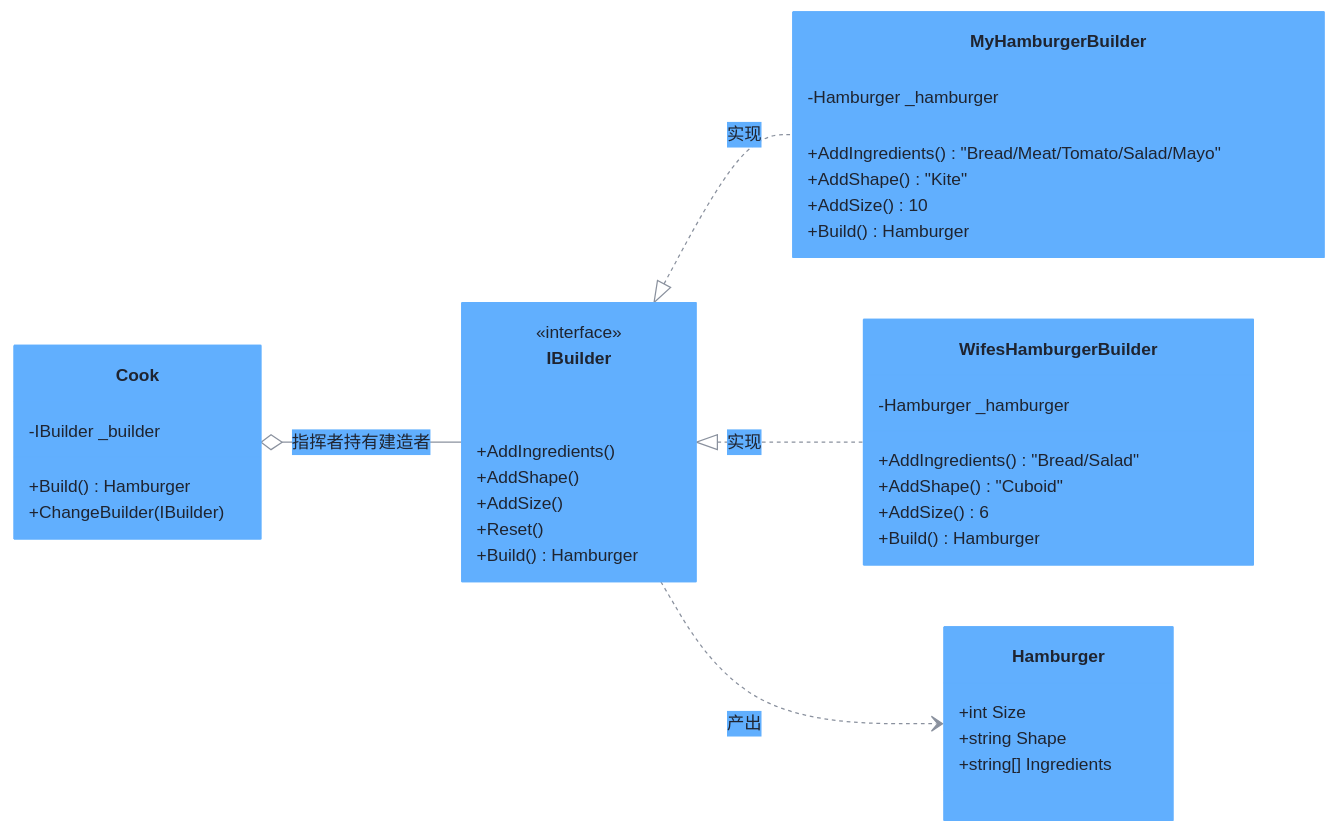
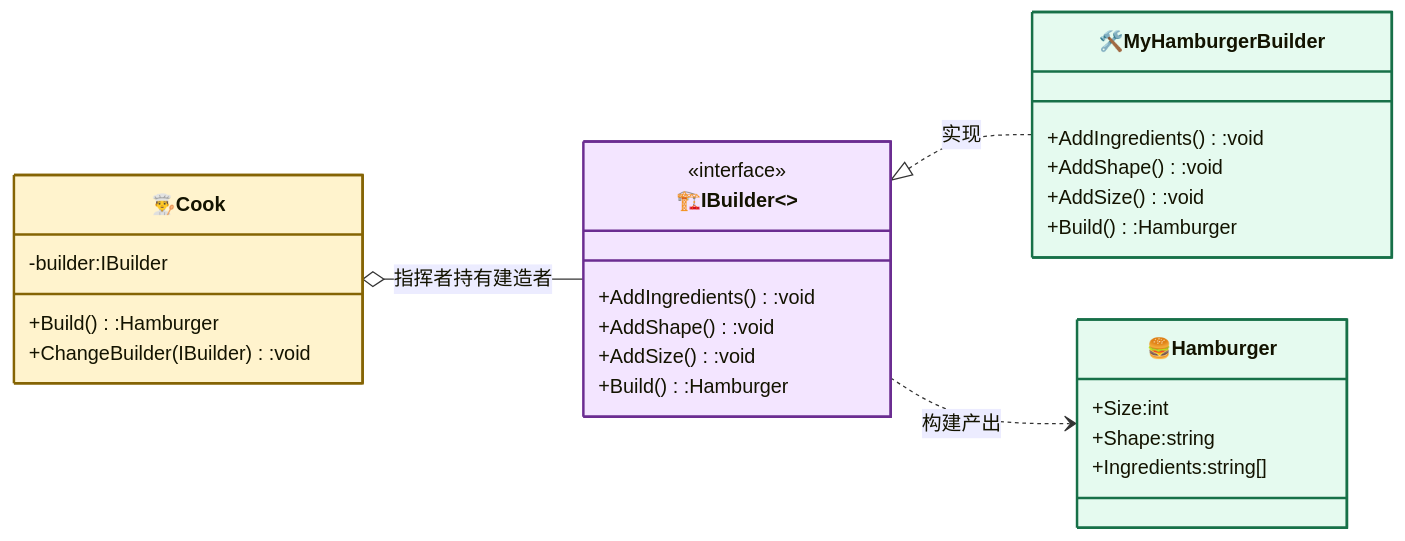
The diagram in BuilderPattern/README.md (hollson/design_patterns), drawn with Mermaid before and after one commit. The commit also changed other lines of this file and 19 other files, not shown here.

Commit message:
docs: refactor mermaid diagrams to basic GoF model style for all 20 design patterns

````diff
--- a/BuilderPattern/README.md
+++ b/BuilderPattern/README.md
@@ -20,42 +31,37 @@
 ```mermaid
-%%{init: {"theme": "base", "themeVariables": {"primaryColor": "#61affe", "primaryTextColor": "#1f2430", "primaryBorderColor": "#61affe", "lineColor": "#8a919e", "secondaryColor": "#eaf2fb", "tertiaryColor": "#f5f7fa", "noteBkgColor": "#fff3d6", "noteTextColor": "#1f2430", "fontSize": "14px"}}}%%
+%%{init: {"classDiagram": {"useMarkdownLabels": true}} }%%
 classDiagram
     direction LR
-    class IBuilder {
+
+    class Director["👨‍🍳Cook"]:::contextCls{
+        -builder:IBuilder
+        +Build():Hamburger
+        +ChangeBuilder(IBuilder):void
+    }
+    class Builder["🏗️IBuilder<<interface>>"]:::strategyCls{
         <<interface>>
-        +AddIngredients()
-        +AddShape()
-        +AddSize()
-        +Reset()
-        +Build() Hamburger
+        +AddIngredients():void
+        +AddShape():void
+        +AddSize():void
+        +Build():Hamburger
     }
-    class MyHamburgerBuilder {
-        -Hamburger _hamburger
-        +AddIngredients() "Bread/Meat/Tomato/Salad/Mayo"
-        +AddShape() "Kite"
-        +AddSize() 10
-        +Build() Hamburger
+    class ConcreteBuilder["🛠️MyHamburgerBuilder"]:::concreteCls{
+        +AddIngredients():void
+        +AddShape():void
+        +AddSize():void
+        +Build():Hamburger
     }
-    class WifesHamburgerBuilder {
-        -Hamburger _hamburger
-        +AddIngredients() "Bread/Salad"
-        +AddShape() "Cuboid"
-        +AddSize() 6
-        +Build() Hamburger
-    }
-    class Cook {
-        -IBuilder _builder
-        +Build() Hamburger
-        +ChangeBuilder(IBuilder)
-    }
-    class Hamburger {
-        +int Size
-        +string Shape
-        +string[] Ingredients
+    class Product["🍔Hamburger"]:::concreteCls{
+        +Size:int
+        +Shape:string
+        +Ingredients:string[]
     }
 
-    IBuilder <|.. MyHamburgerBuilder : 实现
-    IBuilder <|.. WifesHamburgerBuilder : 实现
-    Cook o-- IBuilder : 指挥者持有建造者
-    IBuilder ..> Hamburger : 产出
+    Director o-- Builder : 指挥者持有建造者
+    Builder <|.. ConcreteBuilder : 实现
+    Builder ..> Product : 构建产出
+
+    classDef contextCls fill:#fff3cd,stroke:#856404,stroke-width:2px
+    classDef strategyCls fill:#f3e5ff,stroke:#6b2d91,stroke-width:2px
+    classDef concreteCls fill:#e5faef,stroke:#177048,stroke-width:2px
 ```
````
